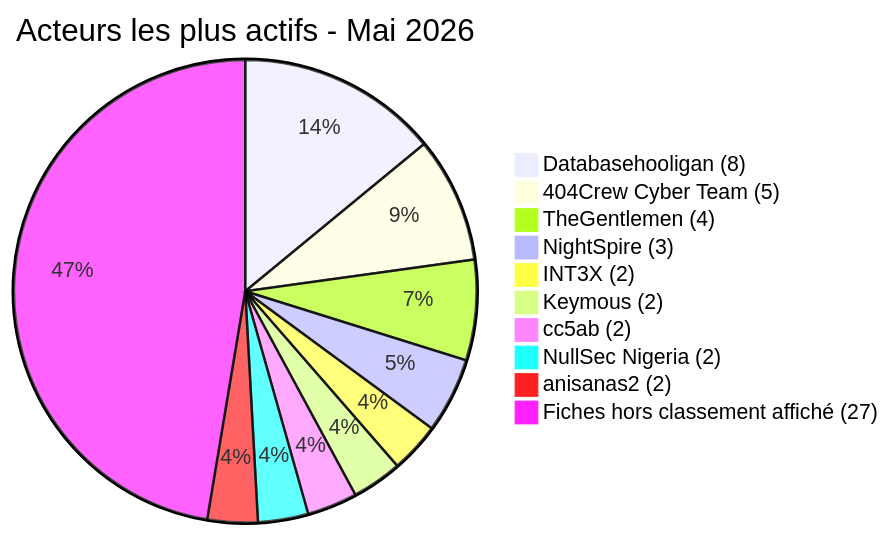
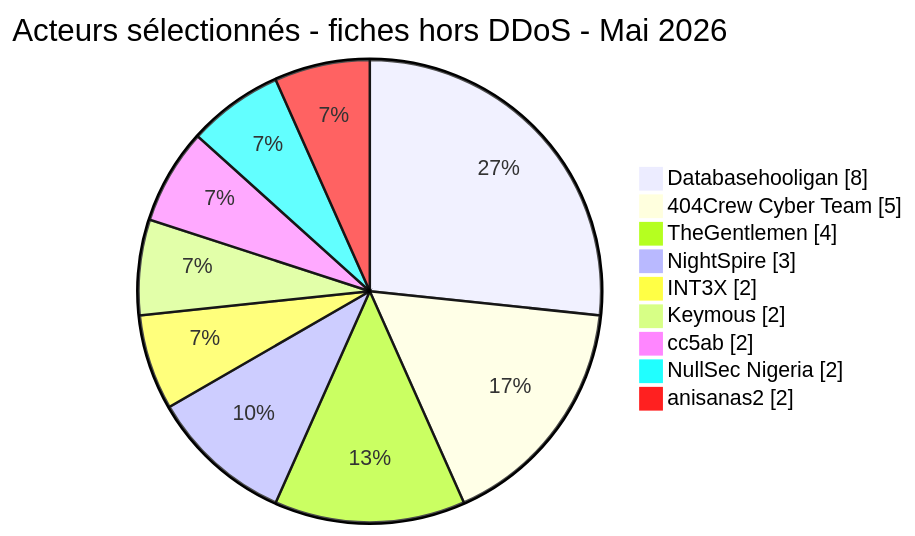
One commit to Hatchepsoute/AFRINTEL changed the fourth of 4 diagrams in CyberAttackAfrica/2026/05-may/README_FR.md. Above: the diagram before and after it, drawn with Mermaid. The commit also changed other lines of this file and 1 other file, not shown here.

````diff
--- a/CyberAttackAfrica/2026/05-may/README_FR.md
+++ b/CyberAttackAfrica/2026/05-may/README_FR.md
@@ -234,14 +243,13 @@
 ```mermaid
-pie
- title Acteurs les plus actifs - Mai 2026
- "Databasehooligan (8)" : 8
- "404Crew Cyber Team (5)" : 5
- "TheGentlemen (4)" : 4
- "NightSpire (3)" : 3
- "INT3X (2)" : 2
- "Keymous (2)" : 2
- "cc5ab (2)" : 2
- "NullSec Nigeria (2)" : 2
- "anisanas2 (2)" : 2
- "Fiches hors classement affiché (27)" : 27
+pie showData
+ title Acteurs sélectionnés - fiches hors DDoS - Mai 2026
+ "Databasehooligan" : 8
+ "404Crew Cyber Team" : 5
+ "TheGentlemen" : 4
+ "NightSpire" : 3
+ "INT3X" : 2
+ "Keymous" : 2
+ "cc5ab" : 2
+ "NullSec Nigeria" : 2
+ "anisanas2" : 2
 ```
````
